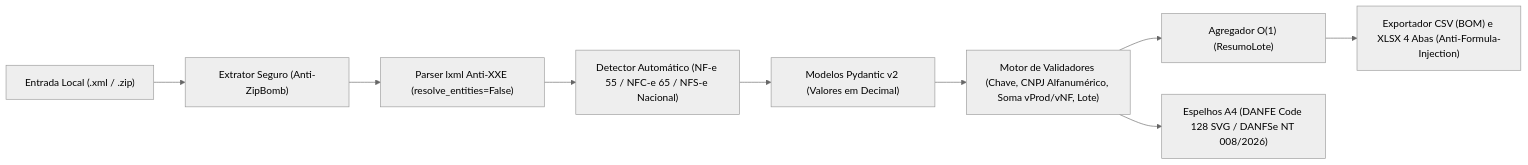
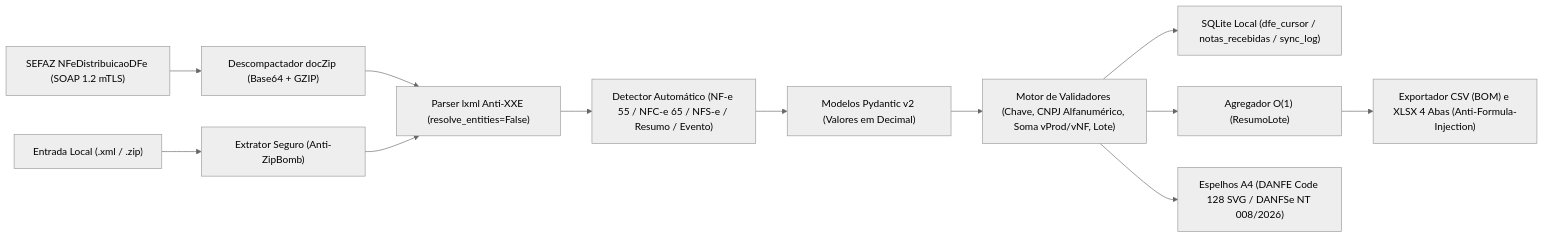
One commit to Giovani-fr/nfe-local changed the diagram in README.md. Above: the diagram before and after it, drawn with Mermaid (neutral theme). The commit also changed other lines of this file and 3 other files, not shown here.

Commit message:
docs(readme): documentar certificado A1 em RAM, NFeDistribuicaoDFe e fechar backlog

````diff
--- a/README.md
+++ b/README.md
@@ -109,11 +159,14 @@
 ```mermaid
 flowchart LR
     A["Entrada Local (.xml / .zip)"] --> B["Extrator Seguro (Anti-ZipBomb)"]
-    B --> C["Parser lxml Anti-XXE (resolve_entities=False)"]
-    C --> D["Detector Automático (NF-e 55 / NFC-e 65 / NFS-e Nacional)"]
+    S["SEFAZ NFeDistribuicaoDFe (SOAP 1.2 mTLS)"] --> Z["Descompactador docZip (Base64 + GZIP)"]
+    Z --> C["Parser lxml Anti-XXE (resolve_entities=False)"]
+    B --> C
+    C --> D["Detector Automático (NF-e 55 / NFC-e 65 / NFS-e / Resumo / Evento)"]
     D --> E["Modelos Pydantic v2 (Valores em Decimal)"]
     E --> F["Motor de Validadores (Chave, CNPJ Alfanumérico, Soma vProd/vNF, Lote)"]
+    F --> DB["SQLite Local (dfe_cursor / notas_recebidas / sync_log)"]
     F --> G["Agregador O(1) (ResumoLote)"]
     F --> H["Espelhos A4 (DANFE Code 128 SVG / DANFSe NT 008/2026)"]
     G --> I["Exportador CSV (BOM) e XLSX 4 Abas (Anti-Formula-Injection)"]
 ```
````
